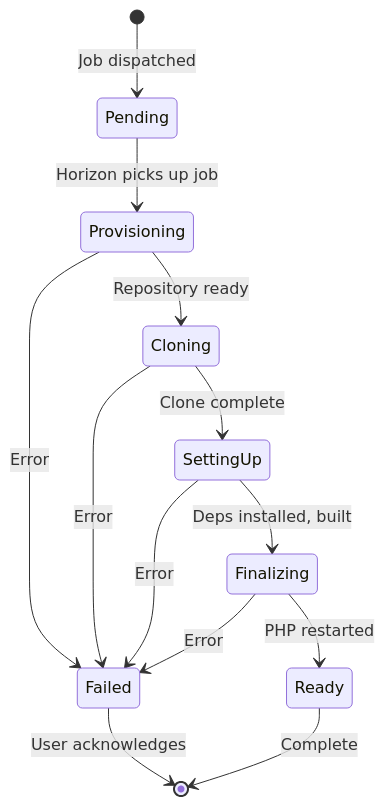
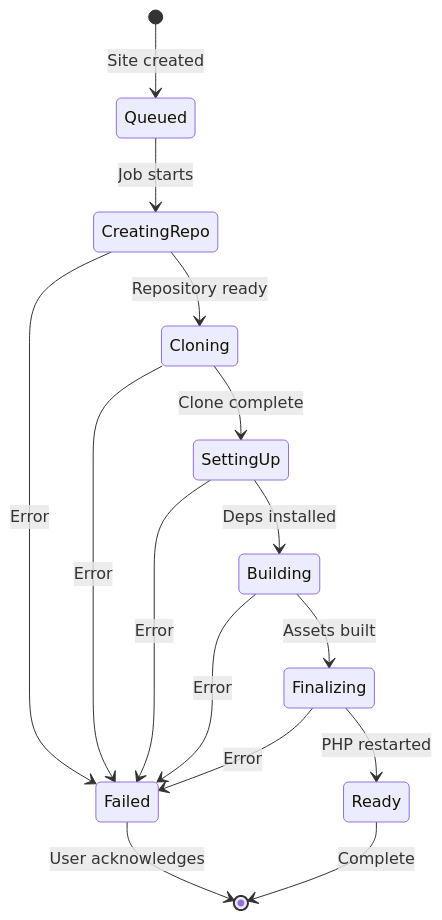
One commit to hardimpactdev/orbit-core changed the second of 2 diagrams in docs/flows/site-creation.md. Above: the diagram before and after it, drawn with Mermaid. The commit also changed other lines of this file, not shown here.

First line of the commit message:
docs: update site-creation flow with caddy:reload integration

````diff
--- a/docs/flows/site-creation.md
+++ b/docs/flows/site-creation.md
@@ -77,17 +80,19 @@
 ```mermaid
 stateDiagram-v2
-    [*] --> Pending: Job dispatched
-    Pending --> Provisioning: Horizon picks up job
-    Provisioning --> Cloning: Repository ready
+    [*] --> Queued: Site created
+    Queued --> CreatingRepo: Job starts
+    CreatingRepo --> Cloning: Repository ready
     Cloning --> SettingUp: Clone complete
-    SettingUp --> Finalizing: Deps installed, built
+    SettingUp --> Building: Deps installed
+    Building --> Finalizing: Assets built
     Finalizing --> Ready: PHP restarted
-    
-    Provisioning --> Failed: Error
+
+    CreatingRepo --> Failed: Error
     Cloning --> Failed: Error
     SettingUp --> Failed: Error
+    Building --> Failed: Error
     Finalizing --> Failed: Error
-    
+
     Failed --> [*]: User acknowledges
     Ready --> [*]: Complete
 ```
````
